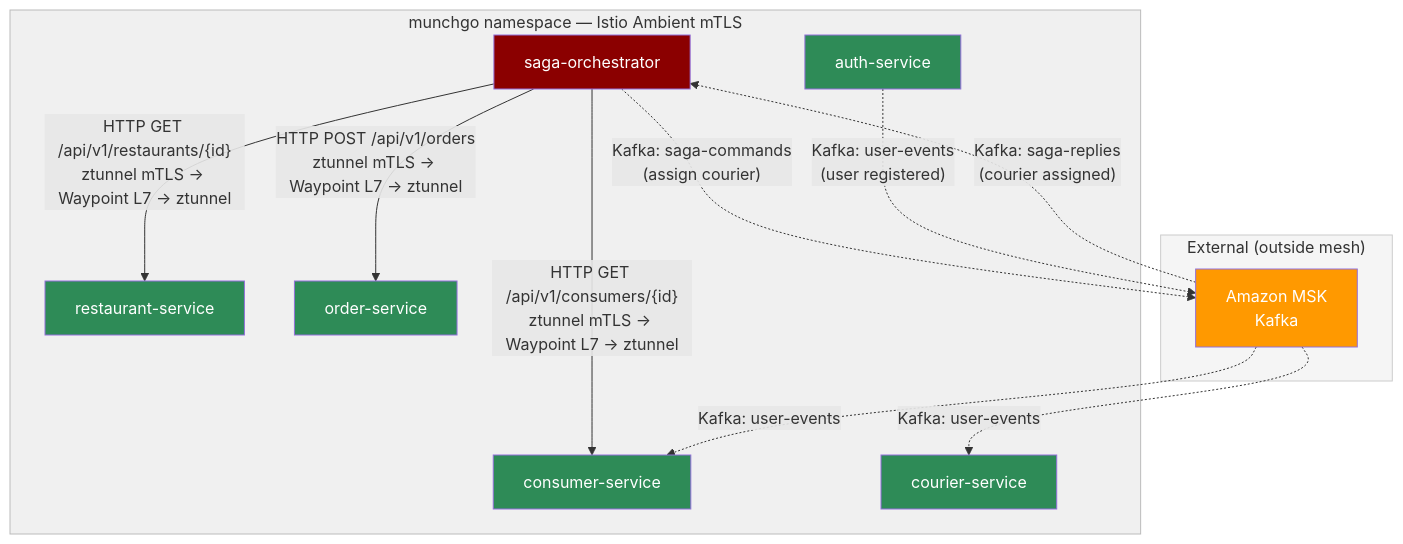
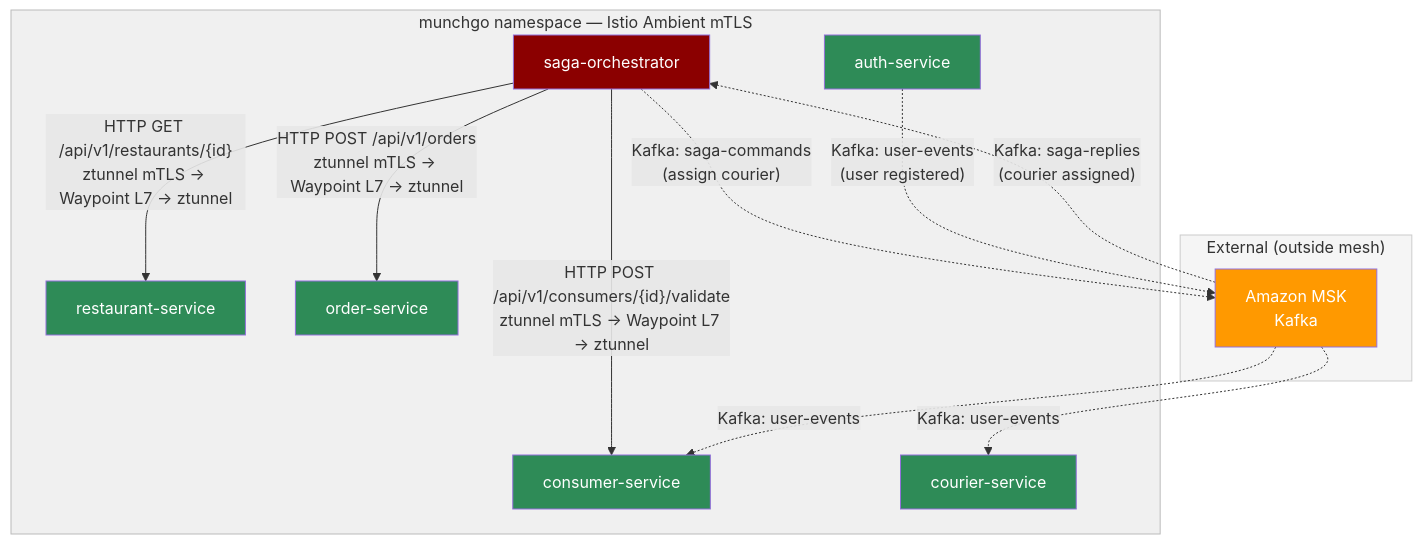
The fifth of 19 diagrams in README.md (shanaka-versent/munchgo-aws-iac), drawn with Mermaid before and after one commit. The commit also changed other lines of this file, not shown here.

First line of the commit message:
Update README to reflect saga fixes and new Istio L4 policy

````diff
--- a/README.md
+++ b/README.md
@@ -256,35 +256,35 @@
 ```mermaid
 graph TB
     subgraph mesh_ew ["munchgo namespace — Istio Ambient mTLS"]
         SAGA_EW[saga-orchestrator]
         CONSUMER_EW[consumer-service]
         RESTAURANT_EW[restaurant-service]
         ORDER_EW[order-service]
         COURIER_EW[courier-service]
         AUTH_EW[auth-service]
     end
 
     subgraph external_ew ["External (outside mesh)"]
         KAFKA_EW["Amazon MSK<br/>Kafka"]
     end
 
-    SAGA_EW -->|"HTTP GET /api/v1/consumers/{id}<br/>ztunnel mTLS → Waypoint L7 → ztunnel"| CONSUMER_EW
+    SAGA_EW -->|"HTTP POST /api/v1/consumers/{id}/validate<br/>ztunnel mTLS → Waypoint L7 → ztunnel"| CONSUMER_EW
     SAGA_EW -->|"HTTP GET /api/v1/restaurants/{id}<br/>ztunnel mTLS → Waypoint L7 → ztunnel"| RESTAURANT_EW
     SAGA_EW -->|"HTTP POST /api/v1/orders<br/>ztunnel mTLS → Waypoint L7 → ztunnel"| ORDER_EW
 
     SAGA_EW -.->|"Kafka: saga-commands<br/>(assign courier)"| KAFKA_EW
     KAFKA_EW -.->|"Kafka: saga-replies<br/>(courier assigned)"| SAGA_EW
     AUTH_EW -.->|"Kafka: user-events<br/>(user registered)"| KAFKA_EW
     KAFKA_EW -.->|"Kafka: user-events"| CONSUMER_EW
     KAFKA_EW -.->|"Kafka: user-events"| COURIER_EW
 
     style SAGA_EW fill:#8B0000,color:#fff
     style AUTH_EW fill:#2E8B57,color:#fff
     style CONSUMER_EW fill:#2E8B57,color:#fff
     style RESTAURANT_EW fill:#2E8B57,color:#fff
     style ORDER_EW fill:#2E8B57,color:#fff
     style COURIER_EW fill:#2E8B57,color:#fff
     style KAFKA_EW fill:#FF9900,color:#fff
     style mesh_ew fill:#F0F0F0,stroke:#BBB,color:#333
     style external_ew fill:#F5F5F5,stroke:#CCC,color:#333
 ```
````
